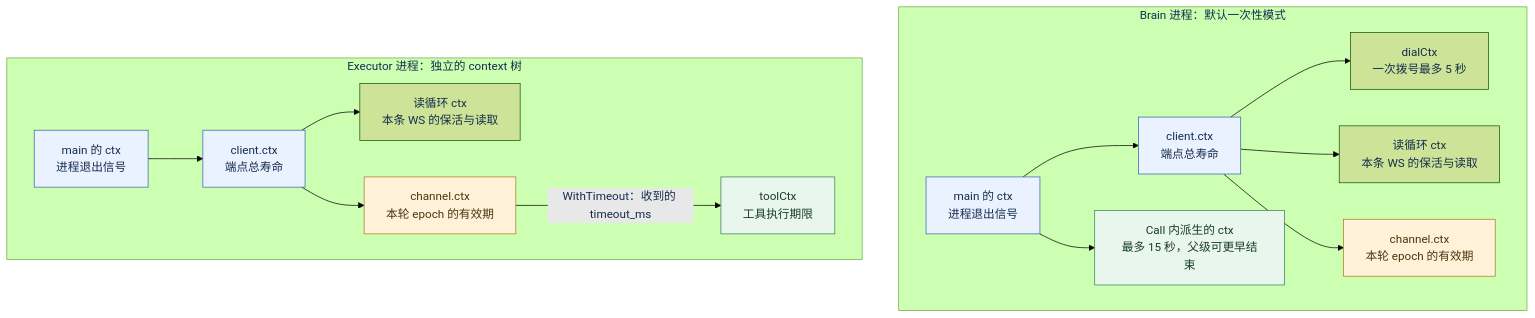
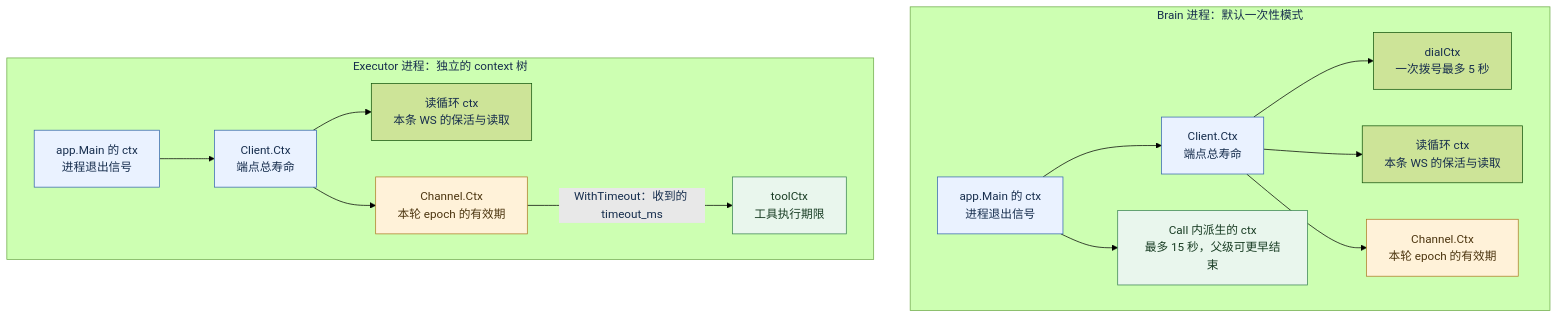
Before and after one commit to shubolab/stream-gateway-lab: the diagram in docs/code_study/diagrams/02-context-tree.mmd, drawn with Mermaid (forest theme). The commit also changed 45 other files, not shown here.

```diff
--- a/docs/code_study/diagrams/02-context-tree.mmd
+++ b/docs/code_study/diagrams/02-context-tree.mmd
@@ -1,31 +1,31 @@
 flowchart TB
     subgraph BP[Brain 进程：默认一次性模式]
-        BM[main 的 ctx<br/>进程退出信号]
-        BC[client.ctx<br/>端点总寿命]
+        BM[app.Main 的 ctx<br/>进程退出信号]
+        BC[Client.Ctx<br/>端点总寿命]
         BCall[Call 内派生的 ctx<br/>最多 15 秒，父级可更早结束]
         BD[dialCtx<br/>一次拨号最多 5 秒]
         BR[读循环 ctx<br/>本条 WS 的保活与读取]
-        BS[channel.ctx<br/>本轮 epoch 的有效期]
+        BS[Channel.Ctx<br/>本轮 epoch 的有效期]
         BM --> BC
         BM --> BCall
         BC --> BD
         BC --> BR
         BC --> BS
     end
     subgraph EP[Executor 进程：独立的 context 树]
-        EM[main 的 ctx<br/>进程退出信号]
-        EC[client.ctx<br/>端点总寿命]
+        EM[app.Main 的 ctx<br/>进程退出信号]
+        EC[Client.Ctx<br/>端点总寿命]
         ER[读循环 ctx<br/>本条 WS 的保活与读取]
-        ES[channel.ctx<br/>本轮 epoch 的有效期]
+        ES[Channel.Ctx<br/>本轮 epoch 的有效期]
         ET[toolCtx<br/>工具执行期限]
         EM --> EC
         EC --> ER
         EC --> ES
         ES -->|WithTimeout：收到的 timeout_ms| ET
     end
     classDef root fill:#eaf2ff,stroke:#3566ae,color:#162d4d
     classDef channel fill:#fff2d9,stroke:#ae7b25,color:#4c350f
     classDef work fill:#e9f6ed,stroke:#398251,color:#183c23
     class BM,BC,EM,EC root
     class BS,ES channel
     class BCall,ET work
```
